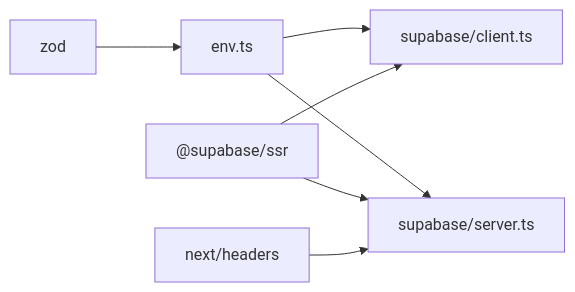
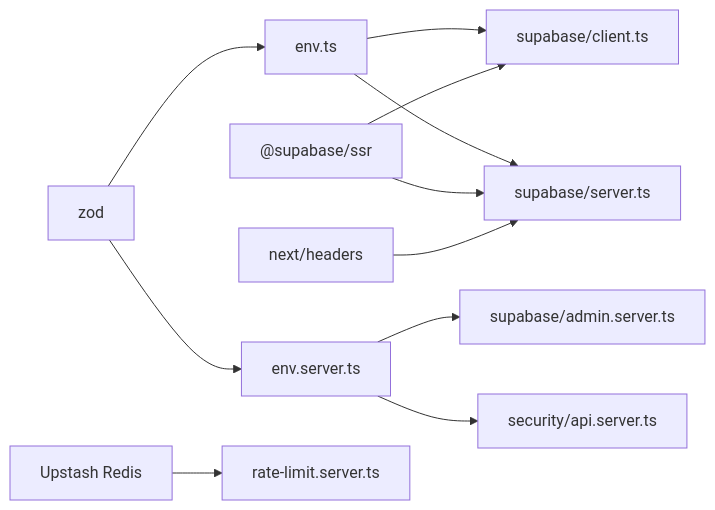
Before and after one commit to AmeliaDi/ProyectoENESZooMatch: the eighth of 8 diagrams in .qoder/repowiki/en/content/Environment Configuration.md, drawn with Mermaid. The commit also changed other lines of this file and 85 other files, not shown here.

````diff
--- a/.qoder/repowiki/en/content/Environment Configuration.md
+++ b/.qoder/repowiki/en/content/Environment Configuration.md
@@ -256,9 +394,13 @@
 ```mermaid
 graph LR
 ZOD["zod"] --> ENV["env.ts"]
+ZOD --> SENV["env.server.ts"]
 ENV --> CLIENT["supabase/client.ts"]
 ENV --> SERVER["supabase/server.ts"]
+SENV --> ADMIN["supabase/admin.server.ts"]
+SENV --> SECURITY["security/api.server.ts"]
 SSR["@supabase/ssr"] --> CLIENT
 SSR --> SERVER
 NEXT["next/headers"] --> SERVER
+REDIS["Upstash Redis"] --> RATELIMIT["rate-limit.server.ts"]
 ```
````
